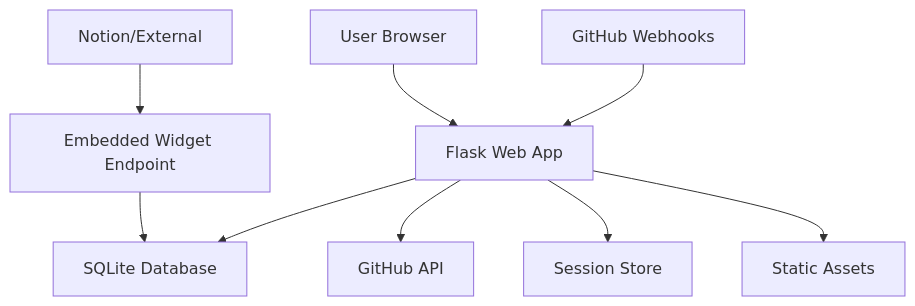
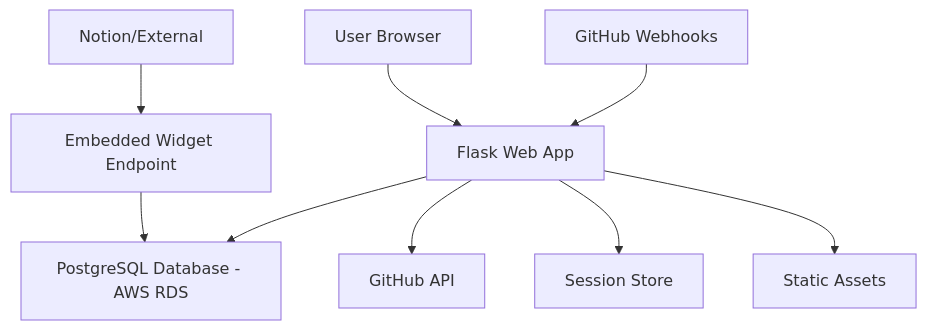
One commit to HithaHarish/Git-Done changed the diagram in .kiro/specs/git-done-complete/design.md. Above: the diagram before and after it, drawn with Mermaid. The commit also changed other lines of this file and 5 other files, not shown here.

````diff
--- a/.kiro/specs/git-done-complete/design.md
+++ b/.kiro/specs/git-done-complete/design.md
@@ -11,11 +11,11 @@
 ```mermaid
 graph TB
     A[User Browser] --> B[Flask Web App]
-    B --> C[SQLite Database]
+    B --> C[PostgreSQL Database - AWS RDS]
     B --> D[GitHub API]
     E[GitHub Webhooks] --> B
     F[Notion/External] --> G[Embedded Widget Endpoint]
     G --> C
     B --> H[Session Store]
     B --> I[Static Assets]
 ```
````
